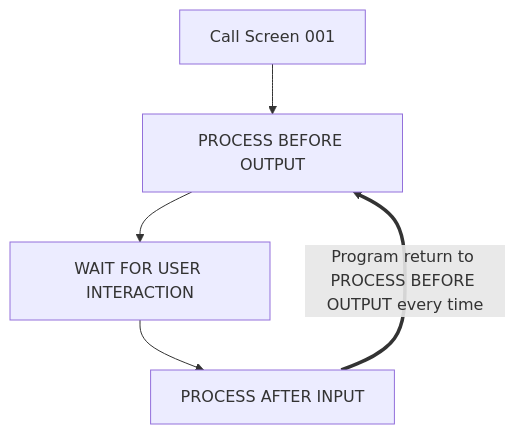
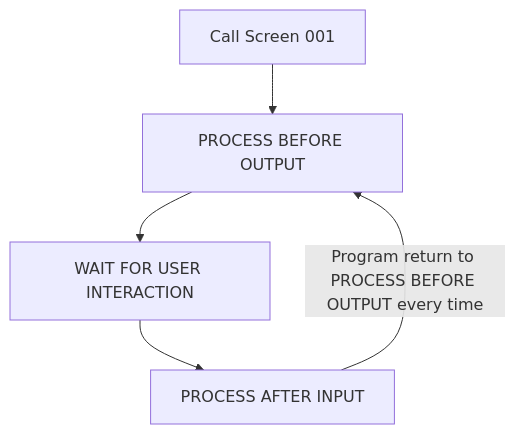
One commit to Fabeure/ABAP-Initiation changed the diagram in Exercice4.md. Above: the diagram before and after it, drawn with Mermaid.

````diff
--- a/Exercice4.md
+++ b/Exercice4.md
@@ -37,7 +37,7 @@
     ``` mermaid
       graph TD;
             A[Call Screen 001]-->B[PROCESS BEFORE OUTPUT];
             B[PROCESS BEFORE OUTPUT]-->C[WAIT FOR USER INTERACTION];
             C[WAIT FOR USER INTERACTION]-->D[PROCESS AFTER INPUT];
-            D == Program return to PROCESS BEFORE OUTPUT every time ==>B;
+            D -- Program return to PROCESS BEFORE OUTPUT every time -->B;
     ```
````
